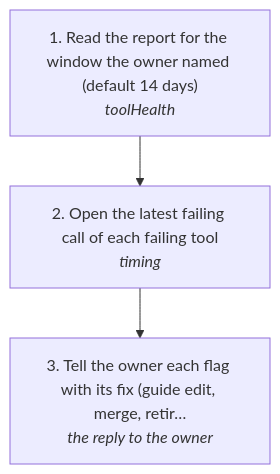
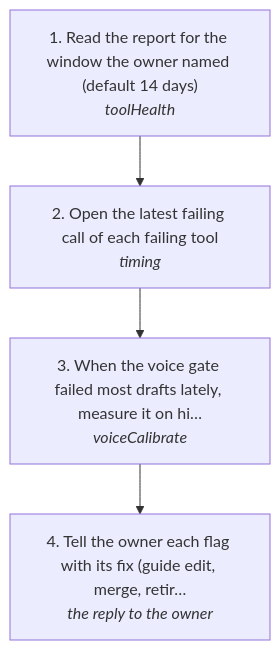
Before and after one commit to aggelos-pappas/log: the diagram in docs/useCases/log/toolHealth.md, drawn with Mermaid. The commit also changed other lines of this file and 49 other files, not shown here.

````diff
--- a/docs/useCases/log/toolHealth.md
+++ b/docs/useCases/log/toolHealth.md
@@ -14,8 +14,10 @@
 ```mermaid
 flowchart TD
   s0["1. Read the report for the window the owner named (default 14 days)<br/><i>toolHealth</i>"]
   s1["2. Open the latest failing call of each failing tool<br/><i>timing</i>"]
-  s2["3. Tell the owner each flag with its fix (guide edit, merge, retir…<br/><i>the reply to the owner</i>"]
+  s2["3. When the voice gate failed most drafts lately, measure it on hi…<br/><i>voiceCalibrate</i>"]
+  s3["4. Tell the owner each flag with its fix (guide edit, merge, retir…<br/><i>the reply to the owner</i>"]
   s0 --> s1
   s1 --> s2
+  s2 --> s3
 ```
````
